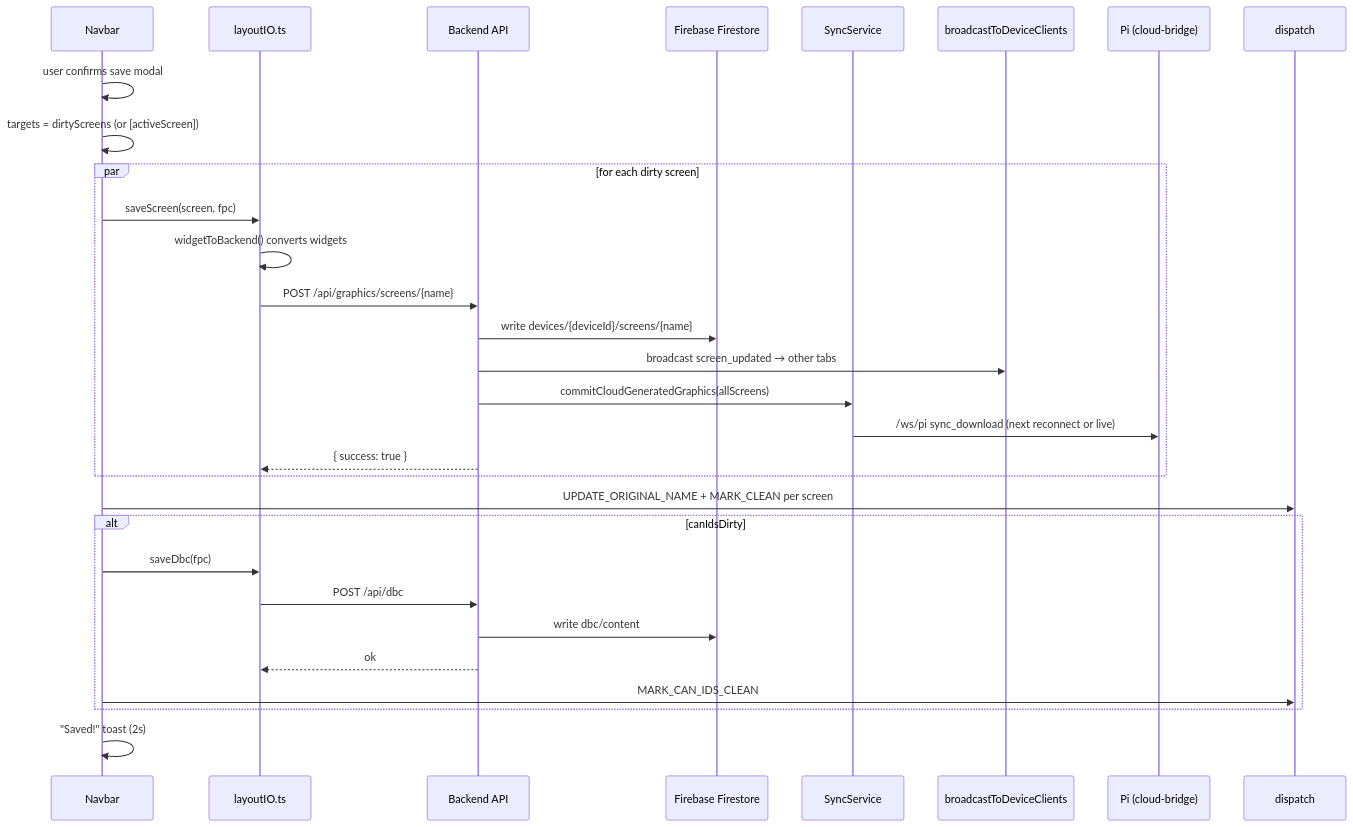
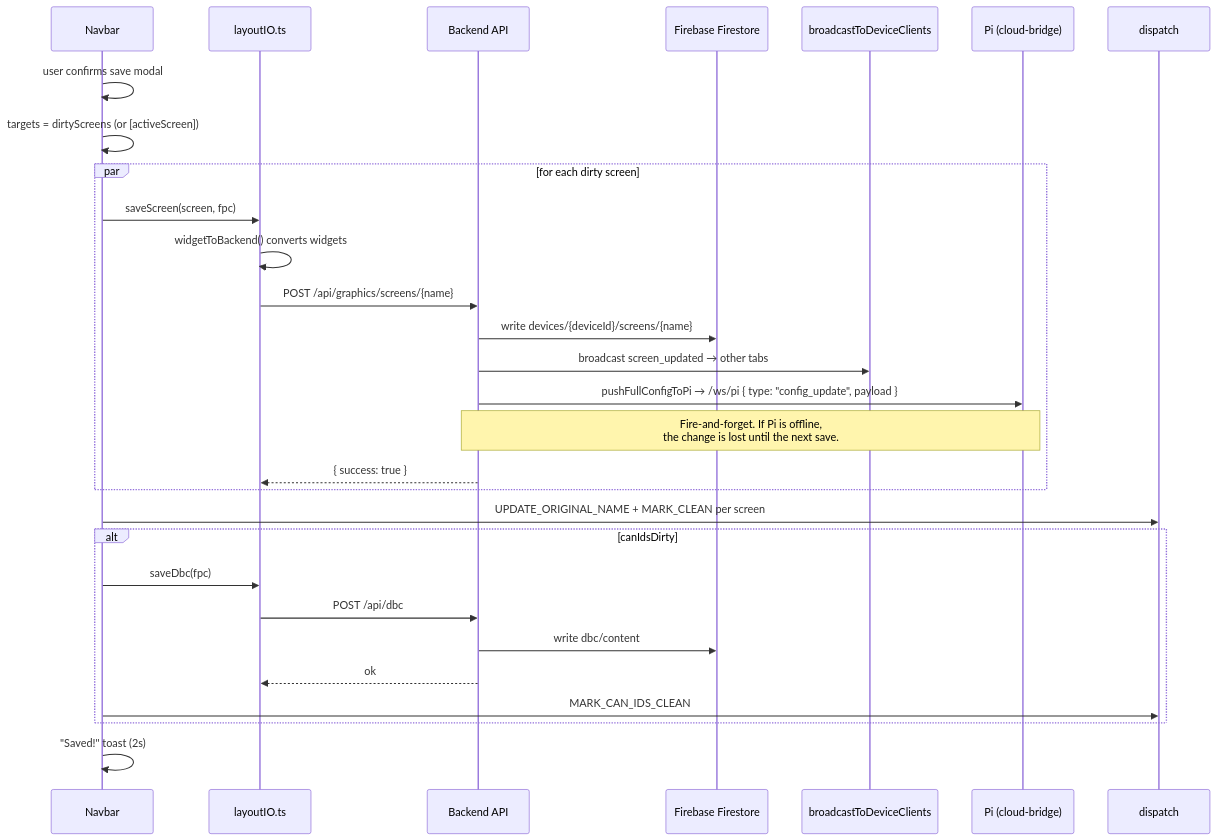
The fourth of 11 diagrams in documentation/data-flows.md (evilspoon13/track-web), drawn with Mermaid before and after one commit. The commit also changed other lines of this file and 10 other files, not shown here.

````diff
--- a/documentation/data-flows.md
+++ b/documentation/data-flows.md
@@ -93,36 +93,35 @@
 ```mermaid
 sequenceDiagram
     participant NB as Navbar
     participant IO as layoutIO.ts
     participant API as Backend API
     participant FS as Firebase Firestore
-    participant SYNC as SyncService
     participant WS as broadcastToDeviceClients
     participant PI as Pi (cloud-bridge)
 
     NB->>NB: user confirms save modal
     NB->>NB: targets = dirtyScreens (or [activeScreen])
 
     par for each dirty screen
         NB->>IO: saveScreen(screen, fpc)
         IO->>IO: widgetToBackend() converts widgets
         IO->>API: POST /api/graphics/screens/{name}
         API->>FS: write devices/{deviceId}/screens/{name}
         API->>WS: broadcast screen_updated → other tabs
-        API->>SYNC: commitCloudGeneratedGraphics(allScreens)
-        SYNC->>PI: /ws/pi sync_download (next reconnect or live)
+        API->>PI: pushFullConfigToPi → /ws/pi { type: "config_update", payload }
+        Note over API,PI: Fire-and-forget. If Pi is offline,<br/>the change is lost until the next save.
         API-->>IO: { success: true }
     end
 
     NB->>dispatch: UPDATE_ORIGINAL_NAME + MARK_CLEAN per screen
 
     alt canIdsDirty
         NB->>IO: saveDbc(fpc)
         IO->>API: POST /api/dbc
         API->>FS: write dbc/content
         API-->>IO: ok
         NB->>dispatch: MARK_CAN_IDS_CLEAN
     end
 
     NB->>NB: "Saved!" toast (2s)
 ```
````
